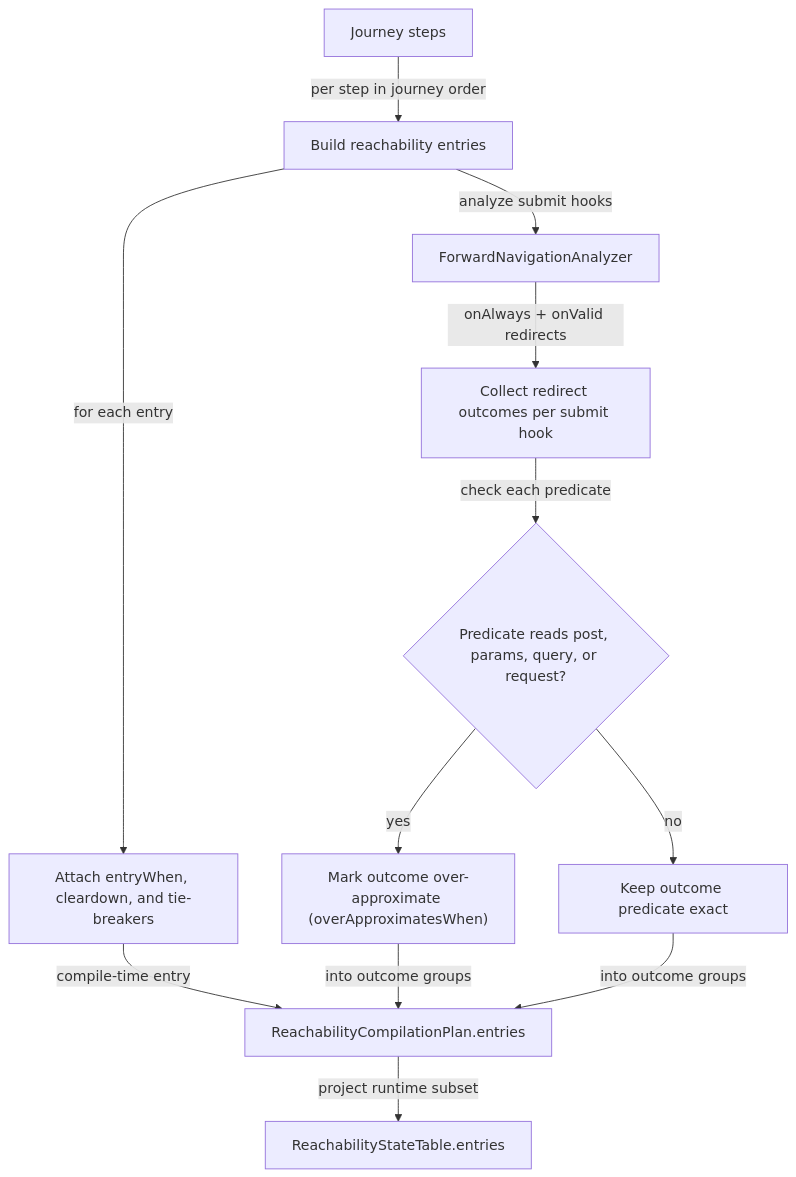
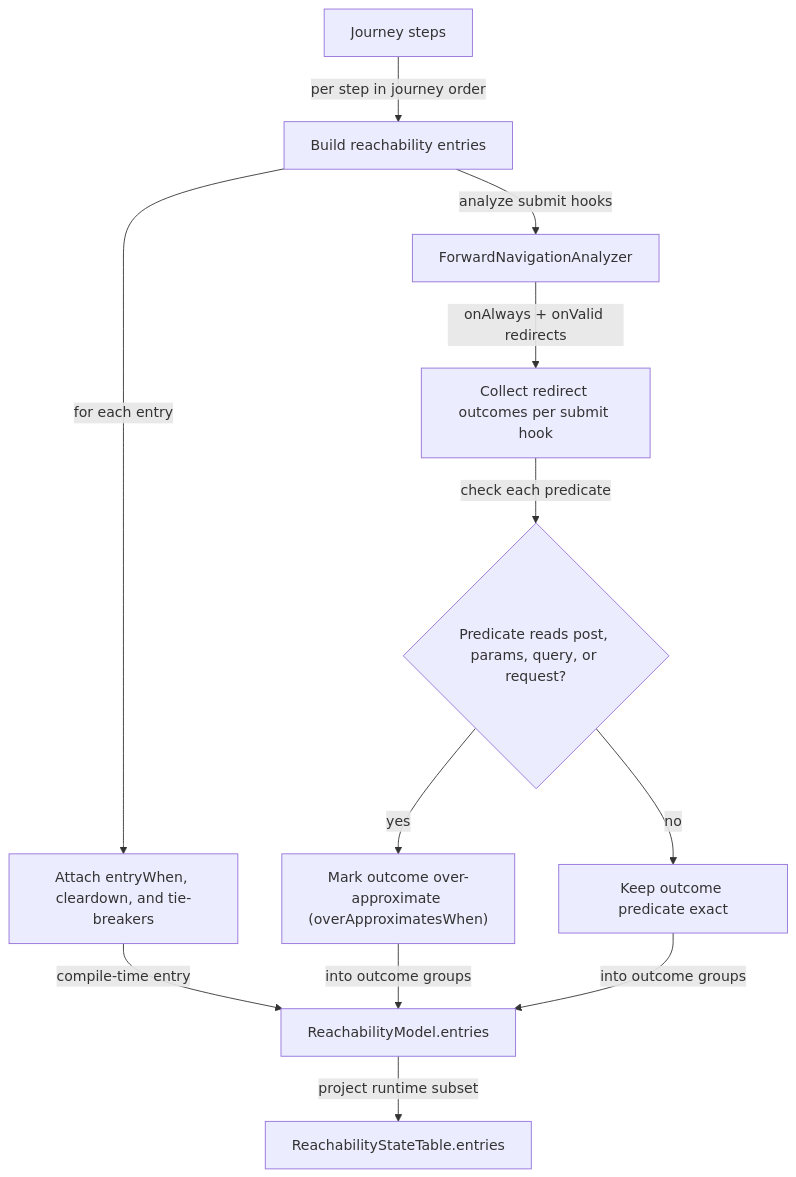
The diagram in packages/forge-core/src/engine/concerns/reachability/analysis/README.md (ministryofjustice/hmpps-forge), drawn with Mermaid before and after one commit. The commit also changed other lines of this file and 118 other files, not shown here.

Commit message:
Rework analysis into one hierarchical compilation model per package

````diff
--- a/packages/forge-core/src/engine/concerns/reachability/analysis/README.md
+++ b/packages/forge-core/src/engine/concerns/reachability/analysis/README.md
@@ -31,14 +31,14 @@
 ```mermaid
 flowchart TD
   journeySteps["Journey steps"] -->|per step in journey order| entries["Build reachability entries"]
   entries -->|for each entry| stepMetadata["Attach entryWhen, cleardown, and tie-breakers"]
   entries -->|analyze submit hooks| forwardAnalyzer["ForwardNavigationAnalyzer"]
   forwardAnalyzer -->|onAlways + onValid redirects| redirectGroups["Collect redirect outcomes per submit hook"]
   redirectGroups -->|check each predicate| requestTimeCheck{"Predicate reads post, params, query, or request?"}
   requestTimeCheck -->|yes| overApproximate["Mark outcome over-approximate (overApproximatesWhen)"]
   requestTimeCheck -->|no| exact["Keep outcome predicate exact"]
-  stepMetadata -->|compile-time entry| reachabilityPlan["ReachabilityCompilationPlan.entries"]
+  stepMetadata -->|compile-time entry| reachabilityPlan["ReachabilityModel.entries"]
   overApproximate -->|into outcome groups| reachabilityPlan
   exact -->|into outcome groups| reachabilityPlan
   reachabilityPlan -->|project runtime subset| stateTable["ReachabilityStateTable.entries"]
 ```
````
